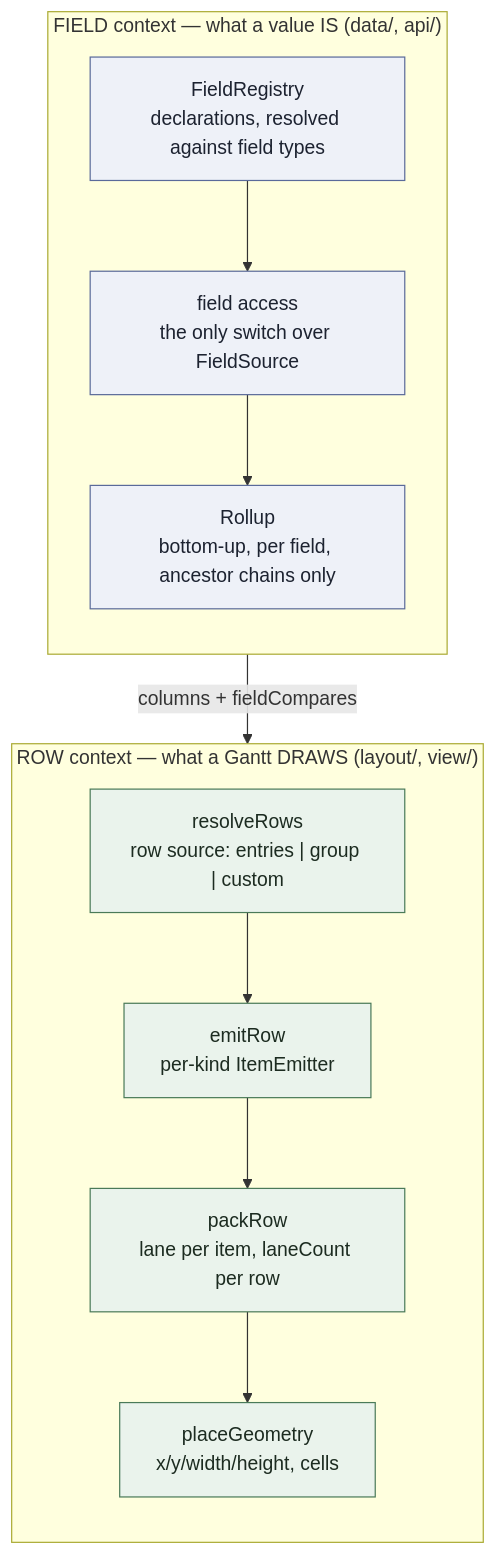
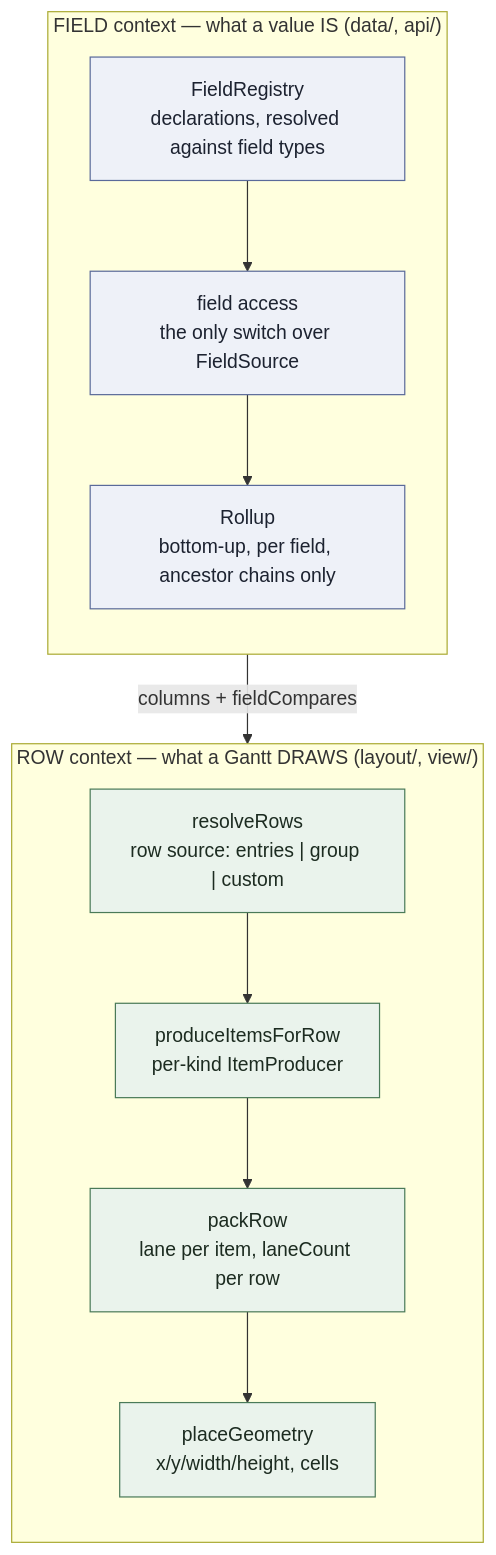
The diagram in plans/s4-hierarchy-and-rows/README.md (freegantt/freegantt), drawn with Mermaid before and after one commit. The commit also changed other lines of this file and 48 other files, not shown here.

````diff
--- a/plans/s4-hierarchy-and-rows/README.md
+++ b/plans/s4-hierarchy-and-rows/README.md
@@ -70,26 +70,26 @@
 ```mermaid
 flowchart TB
   subgraph fieldctx["FIELD context — what a value IS (data/, api/)"]
     direction TB
     F1["FieldRegistry<br/>declarations, resolved against field types"]
     F2["field access<br/>the only switch over FieldSource"]
     F3["Rollup<br/>bottom-up, per field, ancestor chains only"]
     F1 --> F2 --> F3
   end
 
   subgraph rowctx["ROW context — what a Gantt DRAWS (layout/, view/)"]
     direction TB
     R1["resolveRows<br/>row source: entries | group | custom"]
-    R2["emitRow<br/>per-kind ItemEmitter"]
+    R2["produceItemsForRow<br/>per-kind ItemProducer"]
     R3["packRow<br/>lane per item, laneCount per row"]
     R4["placeGeometry<br/>x/y/width/height, cells"]
     R1 --> R2 --> R3 --> R4
   end
 
   fieldctx -->|"columns + fieldCompares"| rowctx
 
   classDef f fill:#eef1f8,stroke:#5a6a9a,color:#1c2230
   classDef r fill:#eaf3ec,stroke:#4a7a58,color:#1c2b20
   class F1,F2,F3 f
   class R1,R2,R3,R4 r
 ```
````
